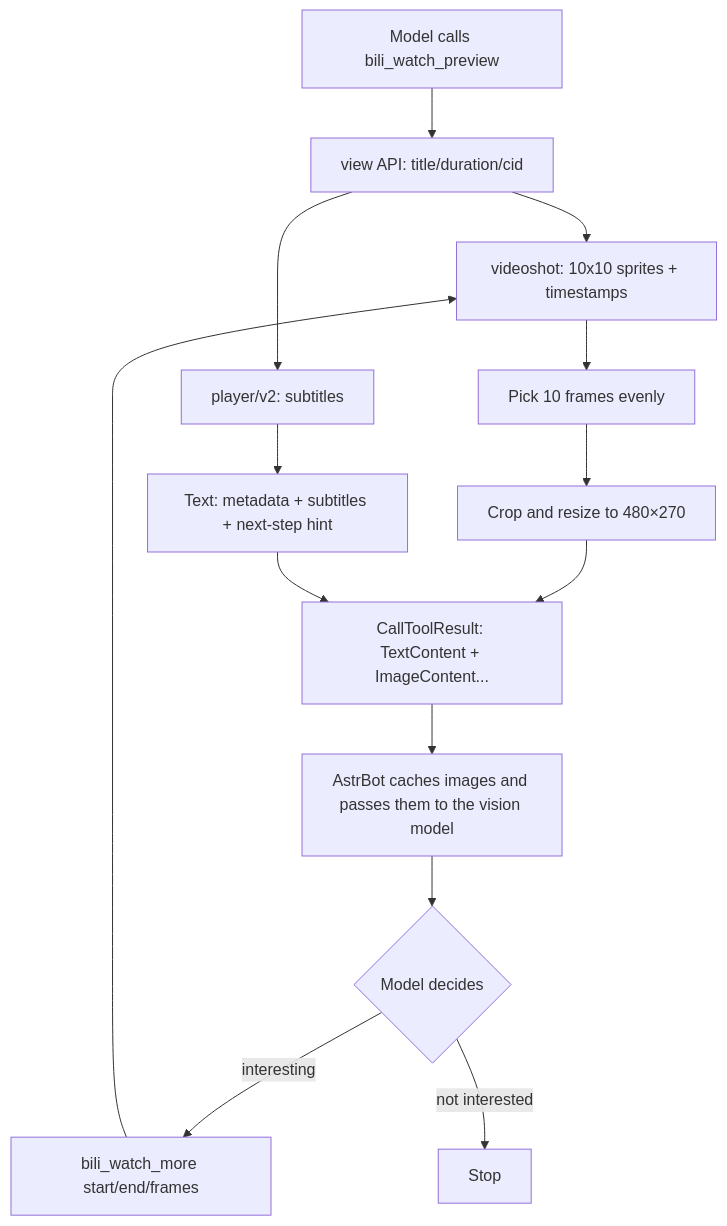
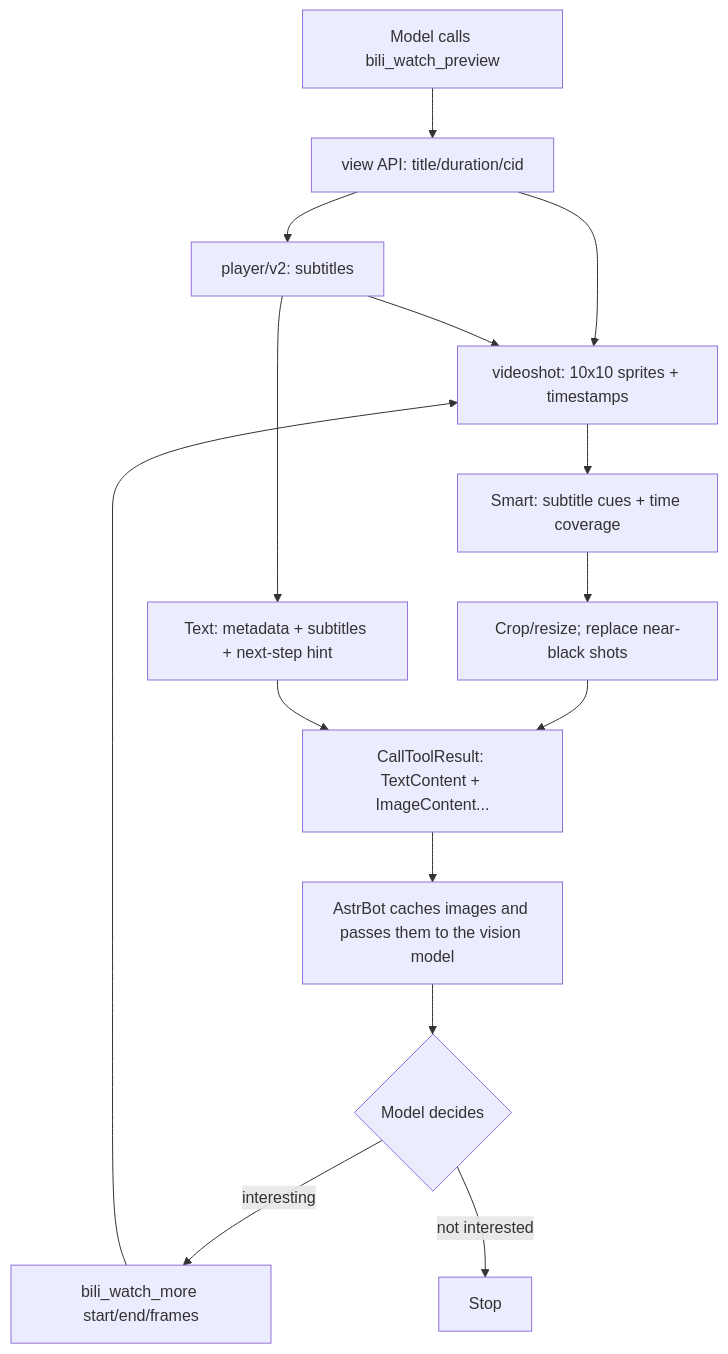
Before and after one commit to QKqiuku/astrbot_plugin_bili_watch: the diagram in README_en.md, drawn with Mermaid. The commit also changed other lines of this file and 7 other files, not shown here.

````diff
--- a/README_en.md
+++ b/README_en.md
@@ -200,16 +206,17 @@
 ```mermaid
 flowchart TB
   A[Model calls bili_watch_preview] --> B[view API: title/duration/cid]
   B --> C[videoshot: 10x10 sprites + timestamps]
   B --> D[player/v2: subtitles]
-  C --> E[Pick 10 frames evenly]
-  E --> F[Crop and resize to 480×270]
+  D --> C
+  C --> E[Smart: subtitle cues + time coverage]
+  E --> F[Crop/resize; replace near-black shots]
   D --> G[Text: metadata + subtitles + next-step hint]
   F --> H[CallToolResult: TextContent + ImageContent...]
   G --> H
   H --> I[AstrBot caches images and passes them to the vision model]
   I --> J{Model decides}
   J -->|interesting| K[bili_watch_more start/end/frames]
   J -->|not interested| L[Stop]
   K --> C
 ```
````
